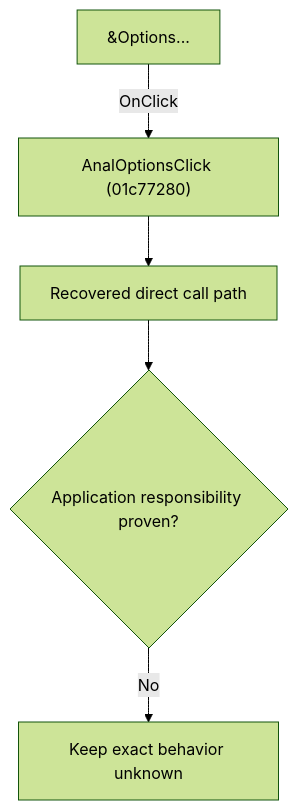
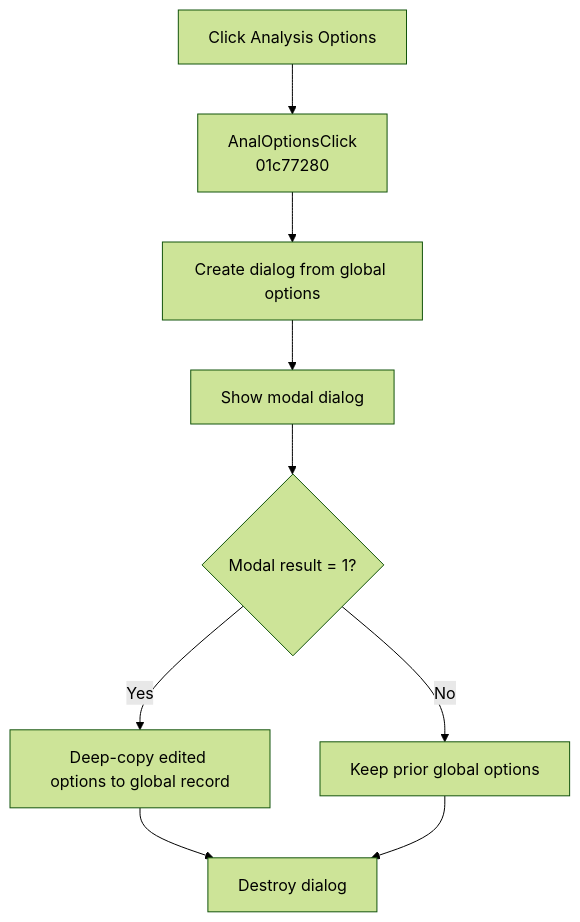
Before and after one commit to MovGP0/TIARA: the diagram in docs/ui-controls/schematiceditor/analoptions-42e21fd291.md, drawn with Mermaid (forest theme). The commit also changed other lines of this file and 241 other files, not shown here.

````diff
--- a/docs/ui-controls/schematiceditor/analoptions-42e21fd291.md
+++ b/docs/ui-controls/schematiceditor/analoptions-42e21fd291.md
@@ -27,7 +29,11 @@
 ```mermaid
 flowchart TD
-    control["&Options..."] -->|"OnClick"| handler["AnalOptionsClick (01c77280)"]
-    handler --> recovered["Recovered direct call path"]
-    recovered --> gap{"Application responsibility proven?"}
-    gap -->|"No"| blocked["Keep exact behavior unknown"]
+    control["Click Analysis Options"] --> handler["AnalOptionsClick<br/>01c77280"]
+    handler --> create["Create dialog from global options"]
+    create --> modal["Show modal dialog"]
+    modal --> accepted{"Modal result = 1?"}
+    accepted -->|Yes| commit["Deep-copy edited options to global record"]
+    accepted -->|No| keep["Keep prior global options"]
+    commit --> destroy["Destroy dialog"]
+    keep --> destroy
 ```
````
